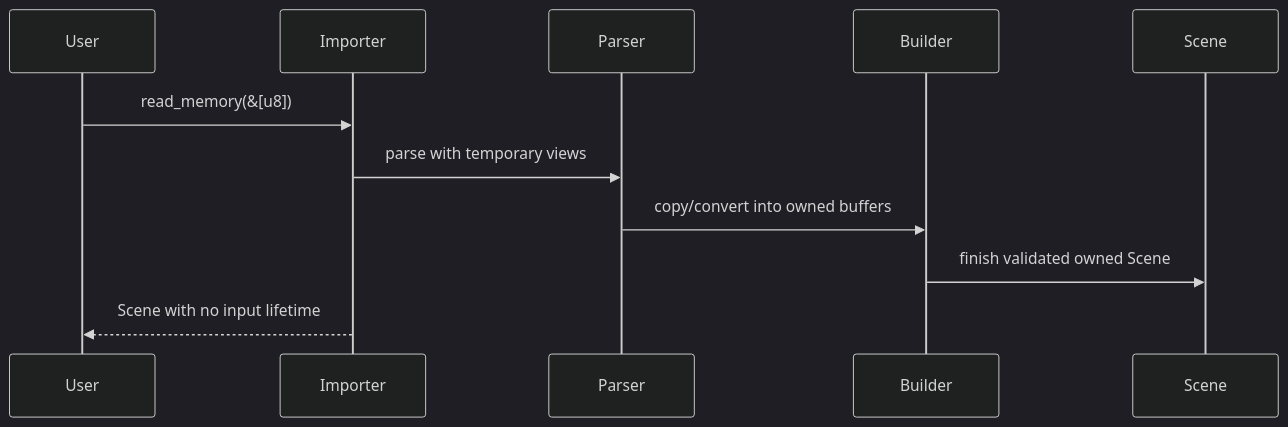
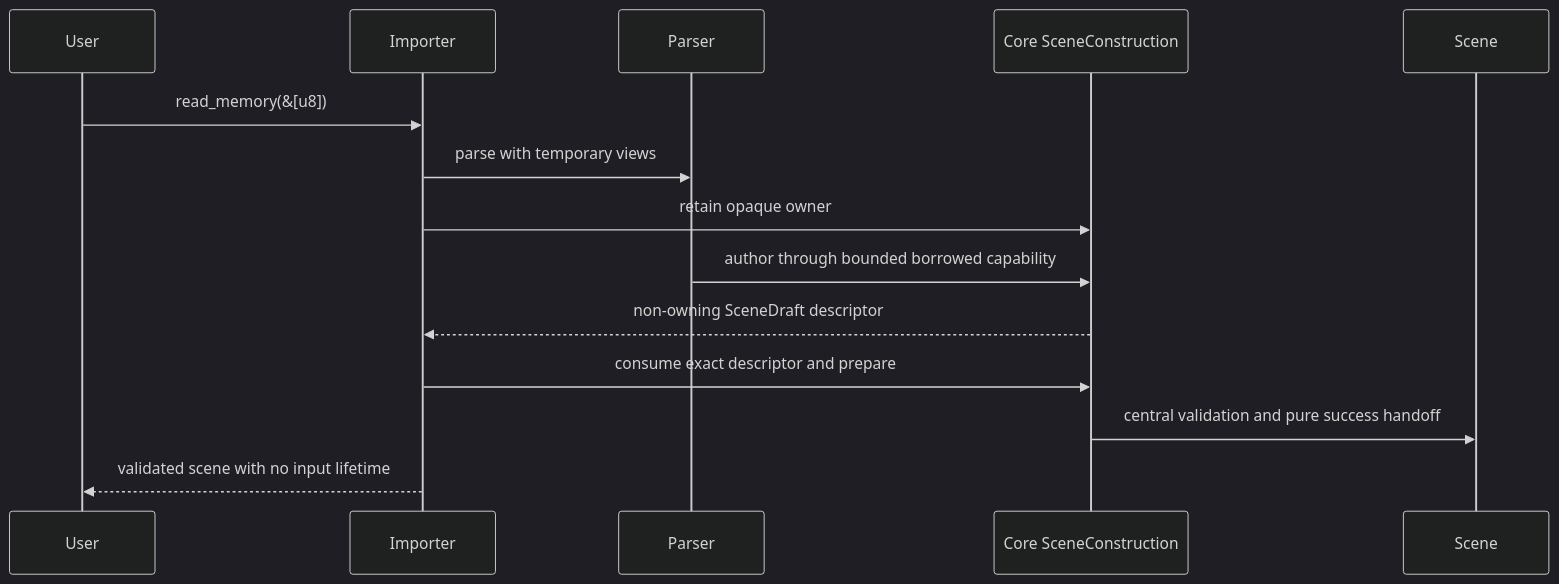
One commit to Latias94/baozi changed the second of 2 diagrams in docs/adr/0009-data-ownership-zero-copy-lifetimes-and-memory-layout.md. Above: the diagram before and after it, drawn with Mermaid (dark theme). The commit also changed other lines of this file and 978 other files, not shown here.

First line of the commit message:
refactor: deliver typed scene workflows and bounded imports (#3)

````diff
--- a/docs/adr/0009-data-ownership-zero-copy-lifetimes-and-memory-layout.md
+++ b/docs/adr/0009-data-ownership-zero-copy-lifetimes-and-memory-layout.md
@@ -59,14 +73,17 @@
 ```mermaid
 sequenceDiagram
     participant User
     participant Importer
     participant Parser
-    participant Builder
+    participant Construction as Core SceneConstruction
     participant Scene
 
     User->>Importer: read_memory(&[u8])
     Importer->>Parser: parse with temporary views
-    Parser->>Builder: copy/convert into owned buffers
-    Builder->>Scene: finish validated owned Scene
-    Importer-->>User: Scene with no input lifetime
+    Importer->>Construction: retain opaque owner
+    Parser->>Construction: author through bounded borrowed capability
+    Construction-->>Importer: non-owning SceneDraft descriptor
+    Importer->>Construction: consume exact descriptor and prepare
+    Construction->>Scene: central validation and pure success handoff
+    Importer-->>User: validated scene with no input lifetime
 ```
````
